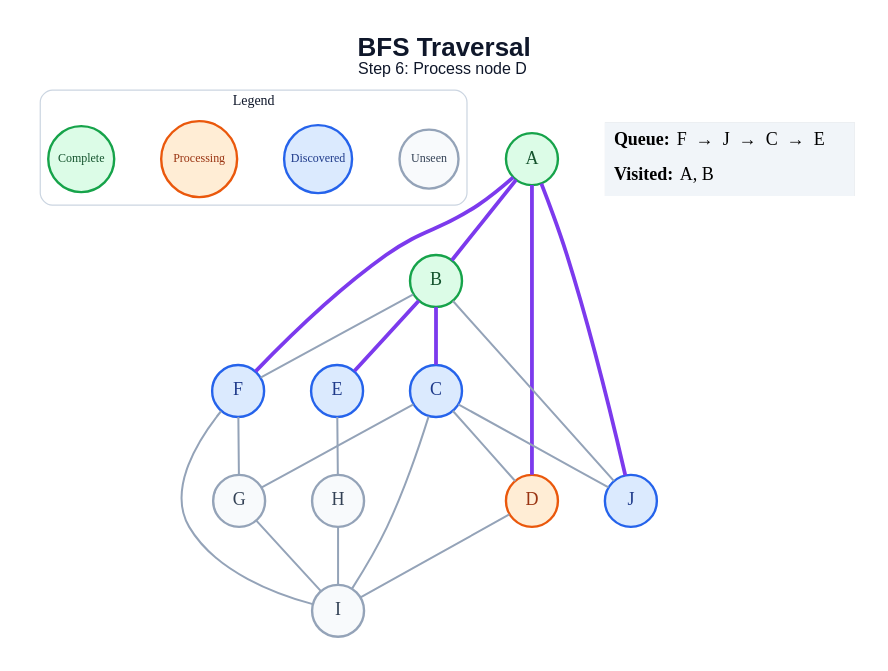
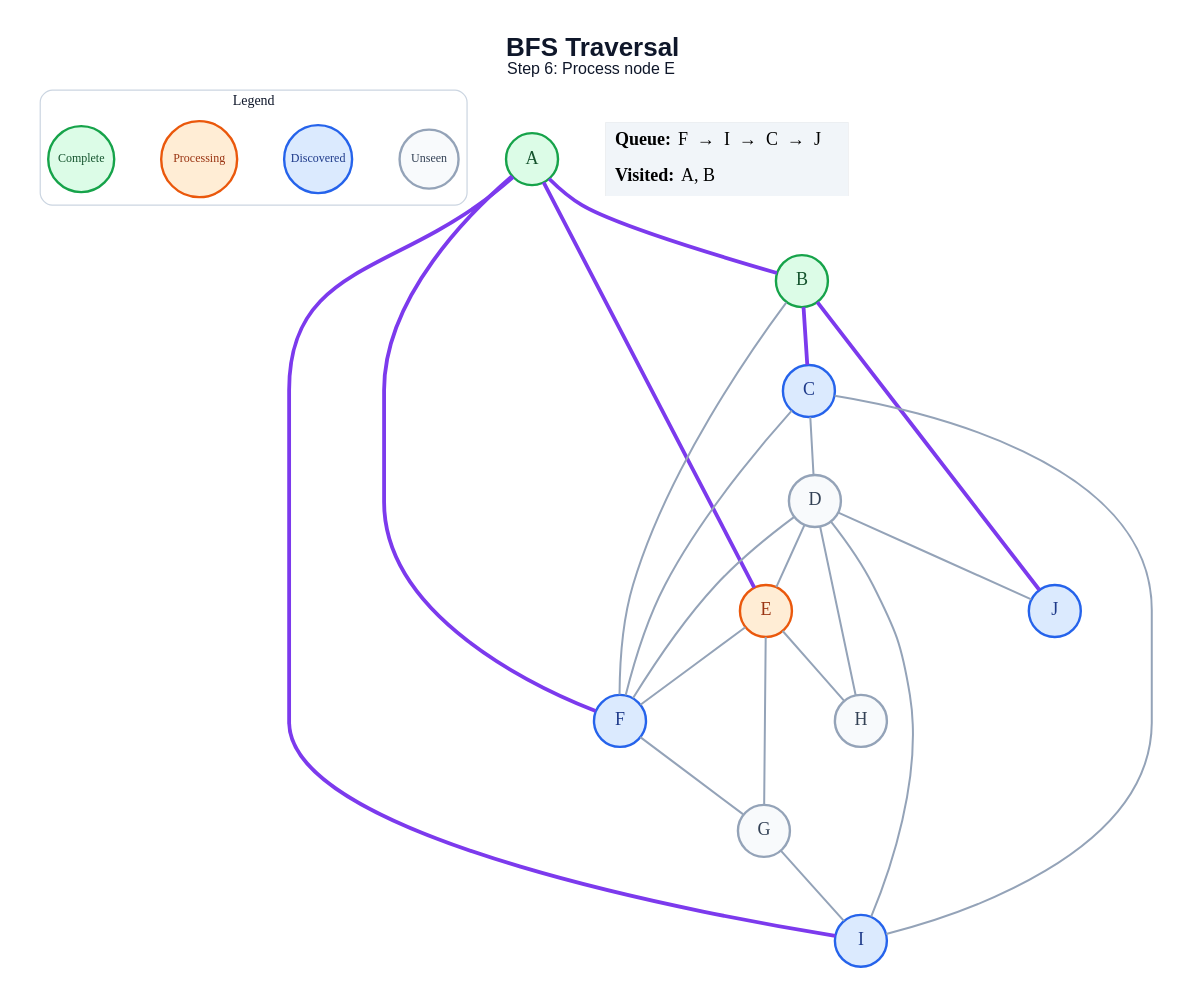
Before and after one commit to anon7238593-create/ai-slop: the diagram in generated/bfs/step_06.dot, drawn with Graphviz. The commit also changed 178 other files, not shown here.

```diff
--- a/generated/bfs/step_06.dot
+++ b/generated/bfs/step_06.dot
@@ -1,47 +1,49 @@
 graph traversal {
   graph [layout=dot, rankdir=TB, bgcolor="#FFFFFF", pad="0.35", nodesep="0.65", ranksep="0.8", fontname="Arial"];
   node [shape=circle, style="filled", fontname="Arial Bold", fontsize=18, width=0.72, fixedsize=true, penwidth=2.4];
   edge [color="#94A3B8", penwidth=2.0];
-  label=<<B>BFS Traversal</B><BR/><FONT POINT-SIZE="16">Step 6: Process node D</FONT>>; labelloc="t"; fontsize=26; fontname="Arial"; fontcolor="#0F172A";
+  label=<<B>BFS Traversal</B><BR/><FONT POINT-SIZE="16">Step 6: Process node E</FONT>>; labelloc="t"; fontsize=26; fontname="Arial"; fontcolor="#0F172A";
   subgraph cluster_legend { label="Legend"; color="#CBD5E1"; penwidth=1.2; style="rounded"; fontsize=14; fontname="Arial Bold";
     key_unseen [label="Unseen", fillcolor="#F8FAFC", color="#94A3B8", fontcolor="#334155", fontsize=12, width=0.82];
     key_frontier [label="Discovered", fillcolor="#DBEAFE", color="#2563EB", fontcolor="#1E3A8A", fontsize=12, width=0.95];
     key_current [label="Processing", fillcolor="#FFEDD5", color="#EA580C", fontcolor="#9A3412", fontsize=12, width=1.05];
     key_done [label="Complete", fillcolor="#DCFCE7", color="#16A34A", fontcolor="#14532D", fontsize=12, width=0.92];
     { rank=same; key_unseen; key_frontier; key_current; key_done; }
   }
   A [fillcolor="#DCFCE7", color="#16A34A", fontcolor="#14532D"];
   B [fillcolor="#DCFCE7", color="#16A34A", fontcolor="#14532D"];
   C [fillcolor="#DBEAFE", color="#2563EB", fontcolor="#1E3A8A"];
-  D [fillcolor="#FFEDD5", color="#EA580C", fontcolor="#9A3412"];
-  E [fillcolor="#DBEAFE", color="#2563EB", fontcolor="#1E3A8A"];
+  D [fillcolor="#F8FAFC", color="#94A3B8", fontcolor="#334155"];
+  E [fillcolor="#FFEDD5", color="#EA580C", fontcolor="#9A3412"];
   F [fillcolor="#DBEAFE", color="#2563EB", fontcolor="#1E3A8A"];
   G [fillcolor="#F8FAFC", color="#94A3B8", fontcolor="#334155"];
   H [fillcolor="#F8FAFC", color="#94A3B8", fontcolor="#334155"];
-  I [fillcolor="#F8FAFC", color="#94A3B8", fontcolor="#334155"];
+  I [fillcolor="#DBEAFE", color="#2563EB", fontcolor="#1E3A8A"];
   J [fillcolor="#DBEAFE", color="#2563EB", fontcolor="#1E3A8A"];
   A -- B [color="#7C3AED", penwidth=3.8];
-  A -- D [color="#7C3AED", penwidth=3.8];
+  A -- E [color="#7C3AED", penwidth=3.8];
   A -- F [color="#7C3AED", penwidth=3.8];
-  A -- J [color="#7C3AED", penwidth=3.8];
+  A -- I [color="#7C3AED", penwidth=3.8];
   B -- C [color="#7C3AED", penwidth=3.8];
-  B -- E [color="#7C3AED", penwidth=3.8];
   B -- F;
-  B -- J;
+  B -- J [color="#7C3AED", penwidth=3.8];
   C -- D;
-  C -- G;
+  C -- F;
   C -- I;
-  C -- J;
+  D -- E;
+  D -- F;
+  D -- H;
   D -- I;
+  D -- J;
+  E -- F;
+  E -- G;
   E -- H;
   F -- G;
-  F -- I;
   G -- I;
-  H -- I;
   status [shape=plain, fixedsize=false, width=0, height=0, margin=0, label=<
     <TABLE BORDER="0" CELLBORDER="0" CELLPADDING="7" BGCOLOR="#F1F5F9">
-      <TR><TD ALIGN="LEFT"><B>Queue:</B> F  →  J  →  C  →  E</TD></TR>
+      <TR><TD ALIGN="LEFT"><B>Queue:</B> F  →  I  →  C  →  J</TD></TR>
       <TR><TD ALIGN="LEFT"><B>Visited:</B> A, B</TD></TR>
     </TABLE>
   >];
 }
```
